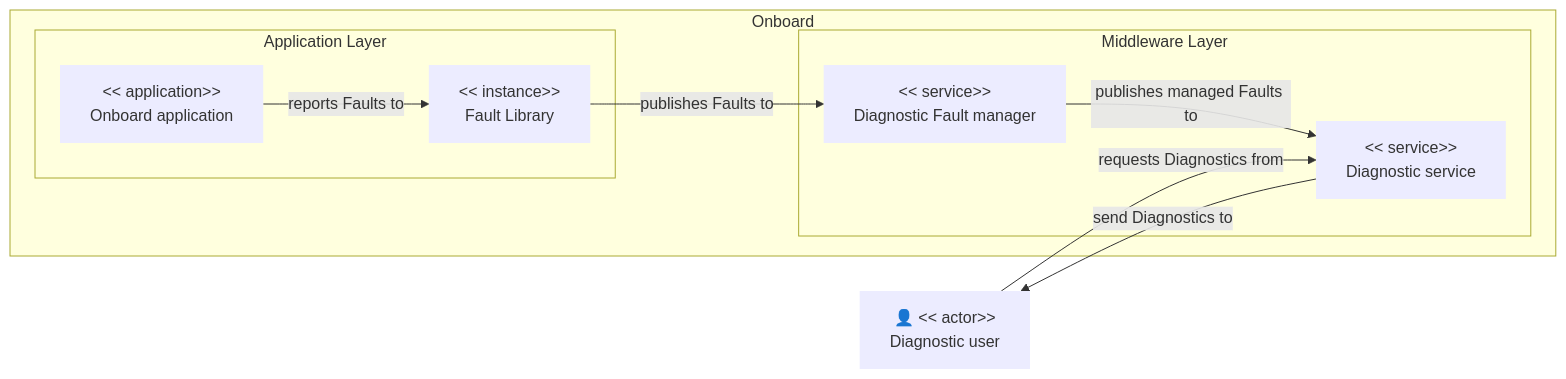
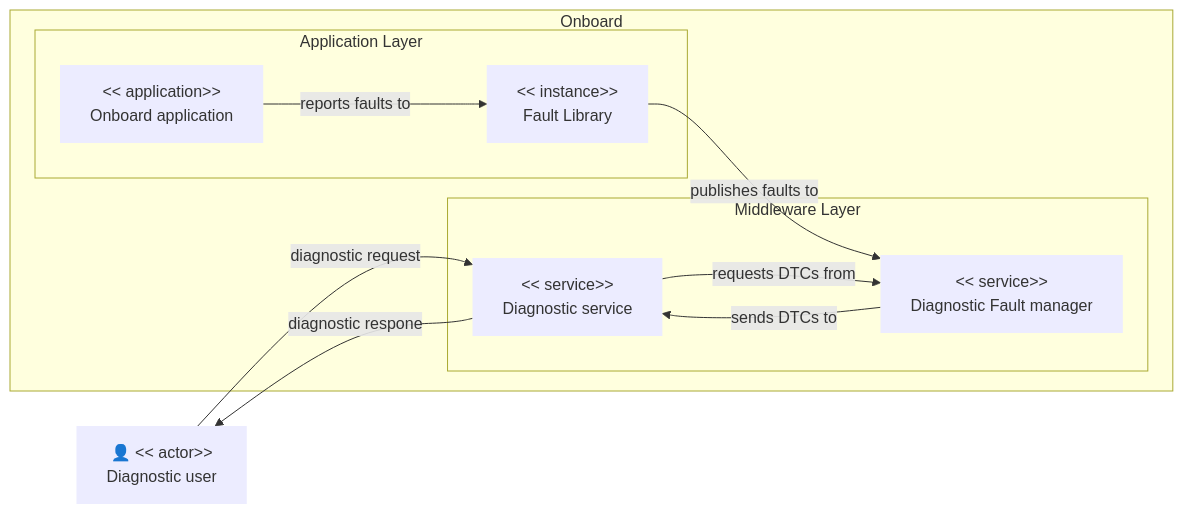
Before and after one commit to eclipse-opensovd/fault-lib: the second of 2 diagrams in docs/design/design.md, drawn with Mermaid. The commit also changed other lines of this file and 1 other file, not shown here.

````diff
--- a/docs/design/design.md
+++ b/docs/design/design.md
@@ -50,32 +50,33 @@
 ```mermaid
 flowchart LR
   rA["👤 << actor>>
   Diagnostic user"]:::role
 
   subgraph Onboard
     subgraph Middleware Layer
       rB["<< service>>
       Diagnostic service"]:::role
 
       rE["<< service>>
       Diagnostic Fault manager"]:::role
       
     end
 
     subgraph Application Layer
       rC["<< instance>>
       Fault Library"]:::role
 
       rD["<< application>>
       Onboard application"]:::role
     end
   end
 
-rA --> |requests Diagnostics from| rB
-rB --> |send Diagnostics to| rA
-rC --> |publishes Faults to| rE
-rE --> |publishes managed Faults to | rB
-rD --> |reports Faults to| rC
+rA --> |diagnostic request | rB
+rB --> |diagnostic respone | rA
+rC --> |publishes faults to| rE
+rB --> |requests DTCs from | rE
+rE --> |sends DTCs to | rB
+rD --> |reports faults to| rC
 
   classDef role stroke-width:0px;
 ```
````
